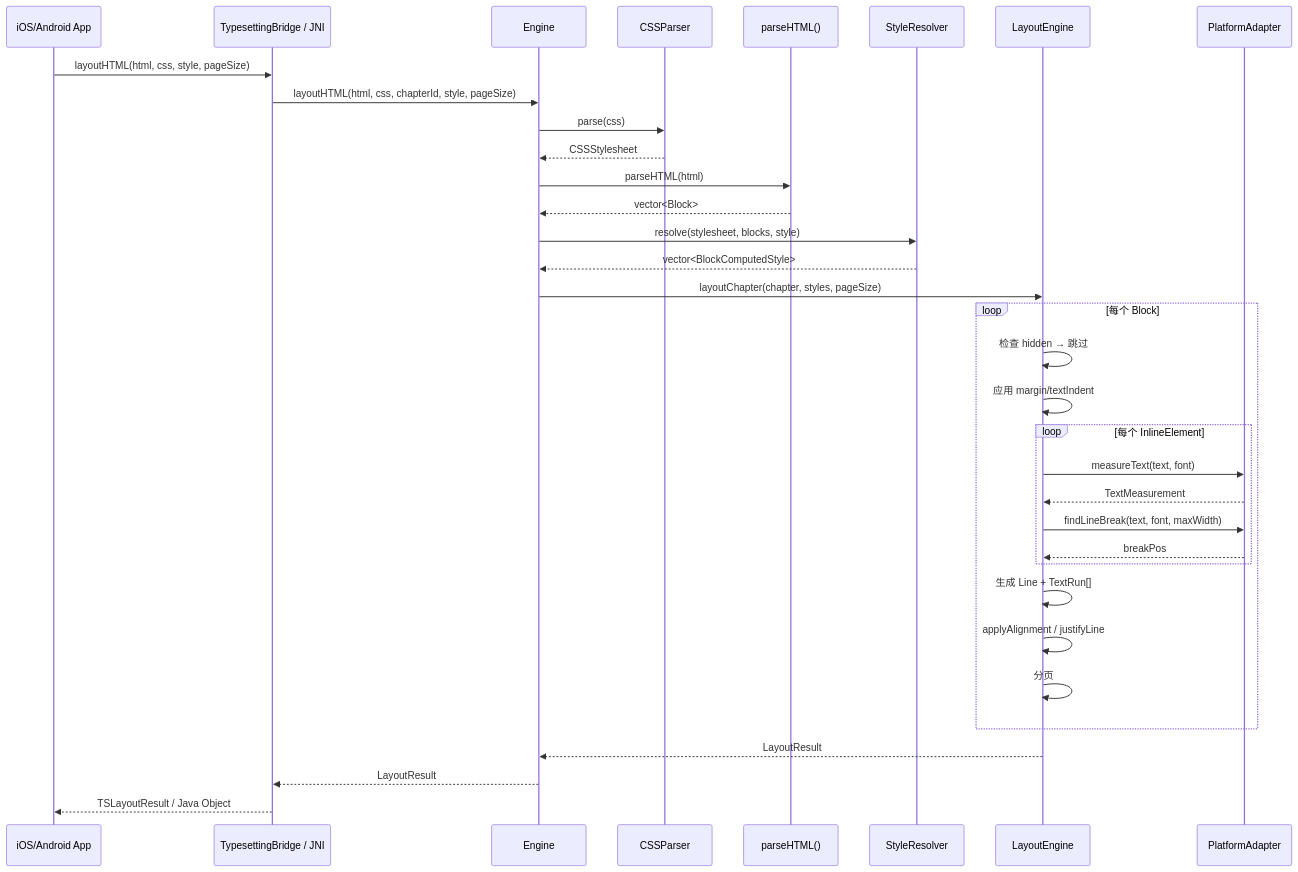
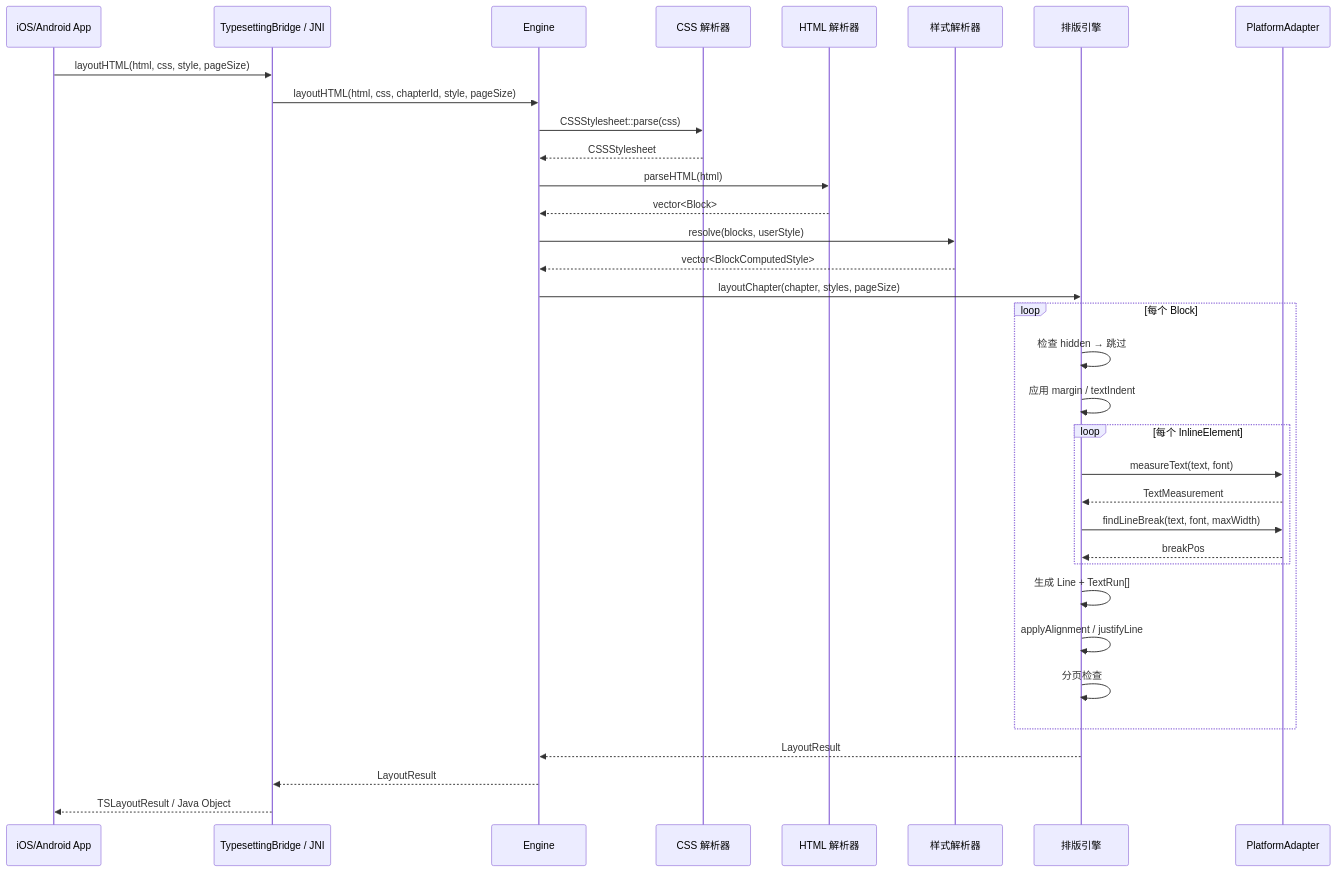
One commit to readmigo/typesetting changed diagram 11 of 13 in DESIGN.md. Above: the diagram before and after it, drawn with Mermaid. The commit also changed other lines of this file, not shown here.

````diff
--- a/DESIGN.md
+++ b/DESIGN.md
@@ -436,43 +905,43 @@
 ```mermaid
 sequenceDiagram
     participant App as iOS/Android App
     participant Bridge as TypesettingBridge / JNI
     participant Engine
-    participant CSSParser
-    participant HTMLParser as parseHTML()
-    participant SR as StyleResolver
-    participant LE as LayoutEngine
+    participant CSSParser as CSS 解析器
+    participant HTMLParser as HTML 解析器
+    participant SR as 样式解析器
+    participant LE as 排版引擎
     participant PA as PlatformAdapter
 
     App->>Bridge: layoutHTML(html, css, style, pageSize)
     Bridge->>Engine: layoutHTML(html, css, chapterId, style, pageSize)
 
-    Engine->>CSSParser: parse(css)
+    Engine->>CSSParser: CSSStylesheet::parse(css)
     CSSParser-->>Engine: CSSStylesheet
 
     Engine->>HTMLParser: parseHTML(html)
     HTMLParser-->>Engine: vector<Block>
 
-    Engine->>SR: resolve(stylesheet, blocks, style)
+    Engine->>SR: resolve(blocks, userStyle)
     SR-->>Engine: vector<BlockComputedStyle>
 
     Engine->>LE: layoutChapter(chapter, styles, pageSize)
 
     loop 每个 Block
         LE->>LE: 检查 hidden → 跳过
-        LE->>LE: 应用 margin/textIndent
+        LE->>LE: 应用 margin / textIndent
         loop 每个 InlineElement
             LE->>PA: measureText(text, font)
             PA-->>LE: TextMeasurement
             LE->>PA: findLineBreak(text, font, maxWidth)
             PA-->>LE: breakPos
         end
         LE->>LE: 生成 Line + TextRun[]
         LE->>LE: applyAlignment / justifyLine
-        LE->>LE: 分页
+        LE->>LE: 分页检查
     end
 
     LE-->>Engine: LayoutResult
     Engine-->>Bridge: LayoutResult
     Bridge-->>App: TSLayoutResult / Java Object
 ```
````
